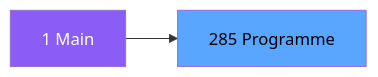
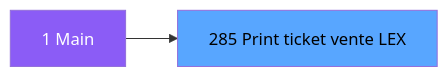
One commit to thonyAGP/magic-migration changed the second of 3 diagrams in .openspec/specs/ADH-IDE-285.md. Above: the diagram before and after it, drawn with Mermaid. The commit also changed other lines of this file and 323 other files, not shown here.

````diff
--- a/.openspec/specs/ADH-IDE-285.md
+++ b/.openspec/specs/ADH-IDE-285.md
@@ -120,8 +147,8 @@
 ```mermaid
 graph LR
     M[1 Main]
-    T[285 Programme]
+    T[285  Print ticket vente LEX]
     M --> T
     style M fill:#8b5cf6,color:#fff
     style T fill:#58a6ff,color:#000
 ```
````
